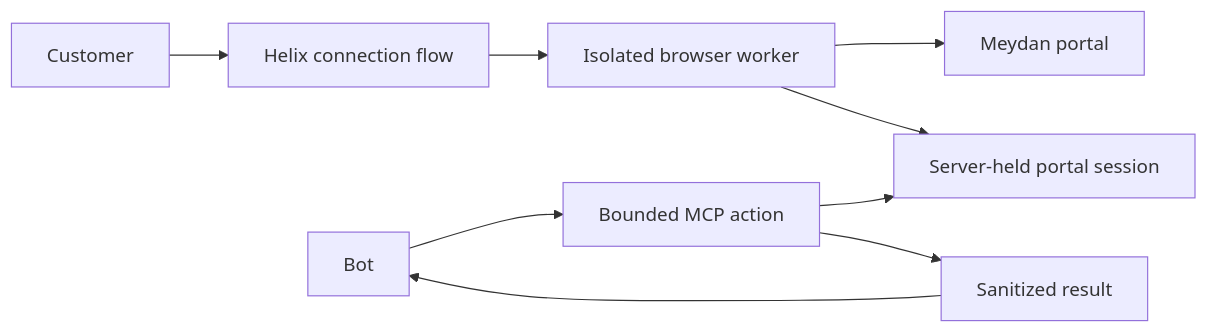
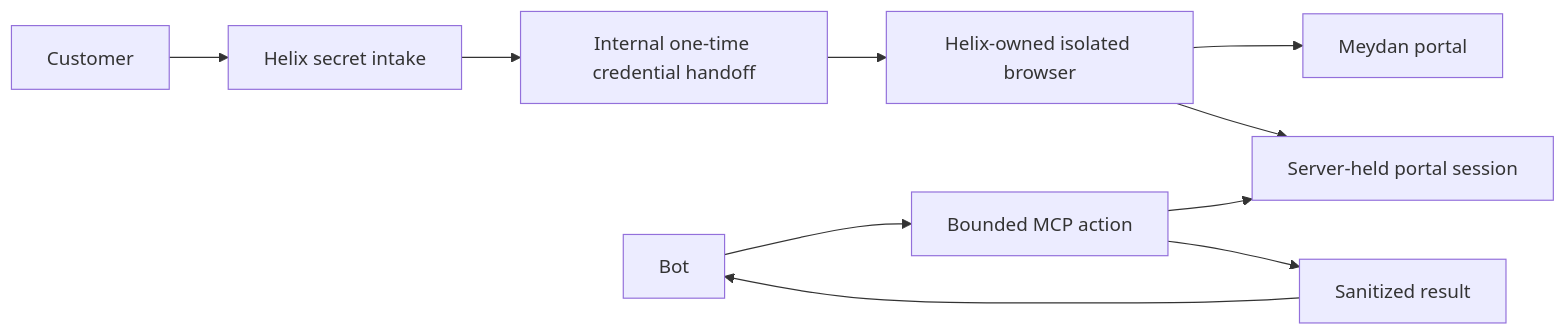
Before and after one commit to helixml/helix: the diagram in design/2026-09-26-meydan-connector-handoff.md, drawn with Mermaid. The commit also changed other lines of this file and 1 other file, not shown here.

Commit message:
docs: clarify Helix-owned Meydan browser session

````diff
--- a/design/2026-09-26-meydan-connector-handoff.md
+++ b/design/2026-09-26-meydan-connector-handoff.md
@@ -13,11 +15,12 @@
 ```mermaid
 flowchart LR
-    U[Customer] --> H[Helix connection flow]
-    H --> B[Isolated browser worker]
+    U[Customer] --> H[Helix secret intake]
+    H --> C[Internal one-time credential handoff]
+    C --> B[Helix-owned isolated browser]
     B --> M[Meydan portal]
     B --> S[Server-held portal session]
     A[Bot] --> T[Bounded MCP action]
     T --> S
     T --> R[Sanitized result]
     R --> A
 ```
````
